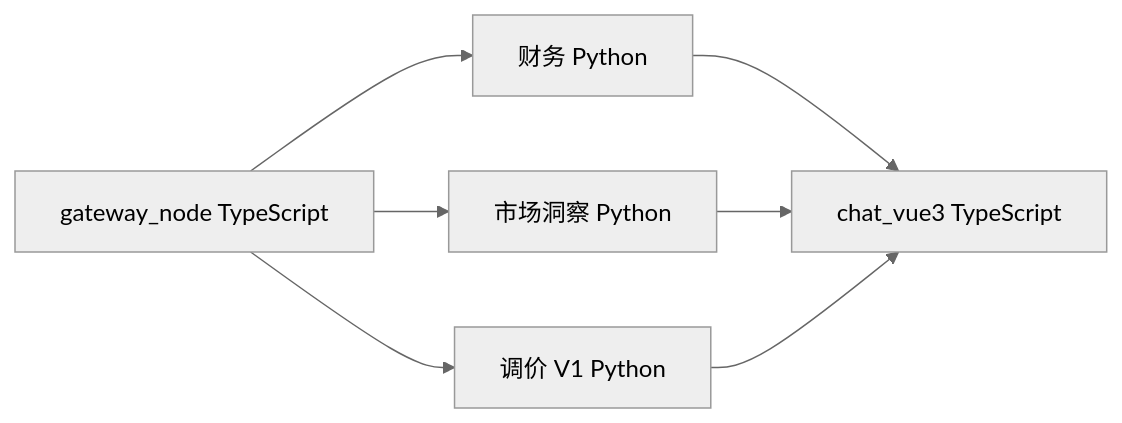
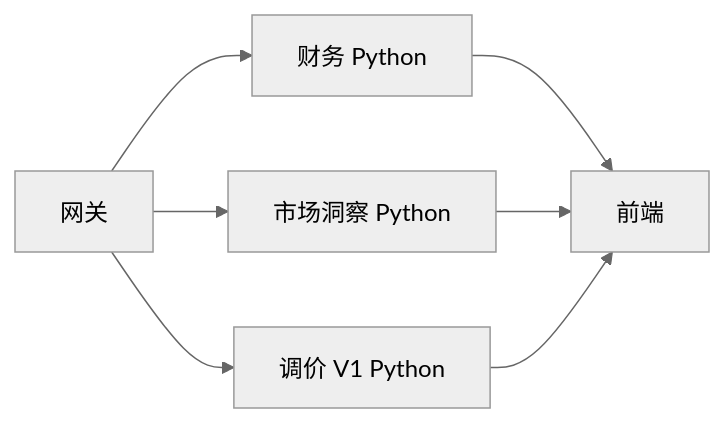
The fifth of 7 diagrams in reports/2026-06-16/index.md (swipth/work-report), drawn with Mermaid (neutral theme) before and after one commit. The commit also changed other lines of this file and 18 other files, not shown here.

````diff
--- a/reports/2026-06-16/index.md
+++ b/reports/2026-06-16/index.md
@@ -119,9 +119,9 @@
 ```mermaid
 flowchart LR
-    GW["gateway_node TypeScript"] --> F["财务 Python"]
+    GW["网关"] --> F["财务 Python"]
     GW --> M["市场洞察 Python"]
     GW --> P["调价 V1 Python"]
-    F --> FE["chat_vue3 TypeScript"]
+    F --> FE["前端"]
     M --> FE
     P --> FE
 ```
````
